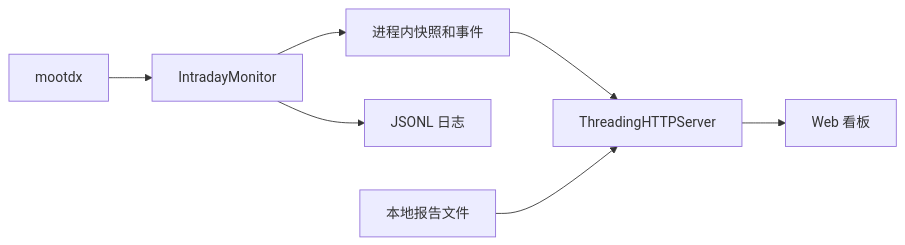
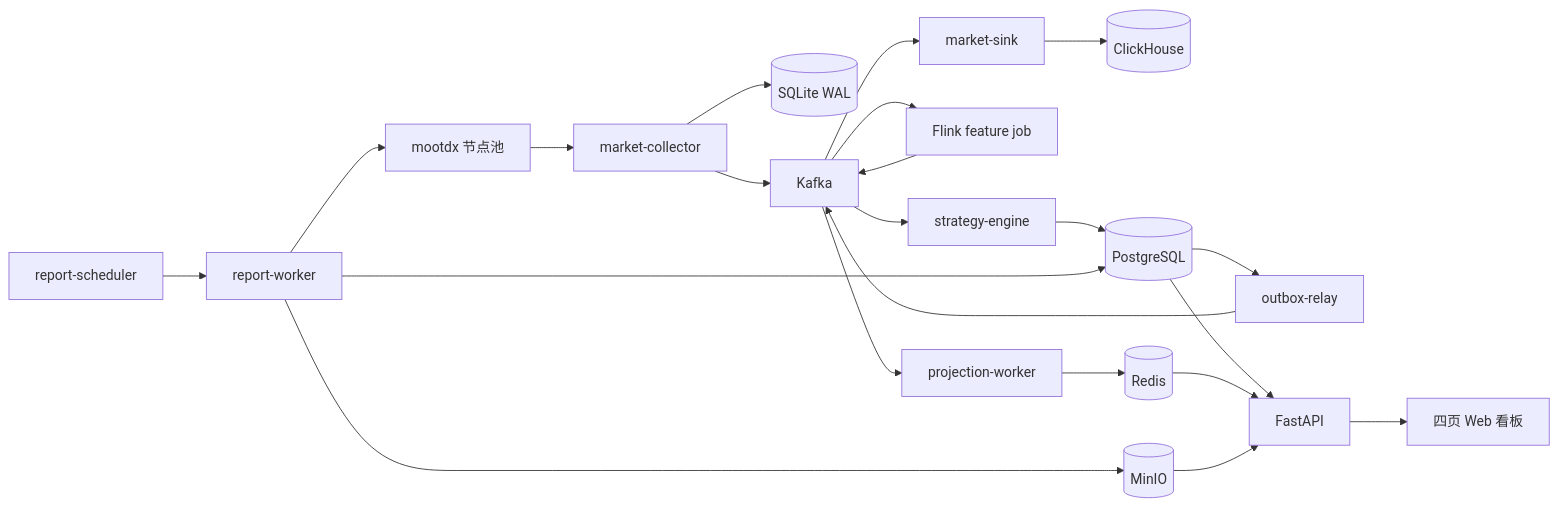
One commit to jelven007/test changed the first of 2 diagrams in docs/02-architecture.md. Above: the diagram before and after it, drawn with Mermaid. The commit also changed other lines of this file and 15 other files, not shown here.

````diff
--- a/docs/02-architecture.md
+++ b/docs/02-architecture.md
@@ -17,9 +17,24 @@
 ```mermaid
 flowchart LR
-    M[mootdx] --> P[IntradayMonitor]
-    P --> MEM[进程内快照和事件]
-    P --> JSONL[JSONL 日志]
-    MEM --> HTTP[ThreadingHTTPServer]
-    REPORT[本地报告文件] --> HTTP
-    HTTP --> WEB[Web 看板]
+    M[mootdx 节点池] --> C[market-collector]
+    C --> WAL[(SQLite WAL)]
+    C --> K[Kafka]
+    K --> MS[market-sink]
+    MS --> CH[(ClickHouse)]
+    K --> F[Flink feature job]
+    F --> K
+    K --> SE[strategy-engine]
+    SE --> PG[(PostgreSQL)]
+    PG --> O[outbox-relay]
+    O --> K
+    K --> P[projection-worker]
+    P --> RD[(Redis)]
+    S[report-scheduler] --> RW[report-worker]
+    RW --> M
+    RW --> PG
+    RW --> OBJ[(MinIO)]
+    PG --> API[FastAPI]
+    RD --> API
+    OBJ --> API
+    API --> WEB[四页 Web 看板]
 ```
````
